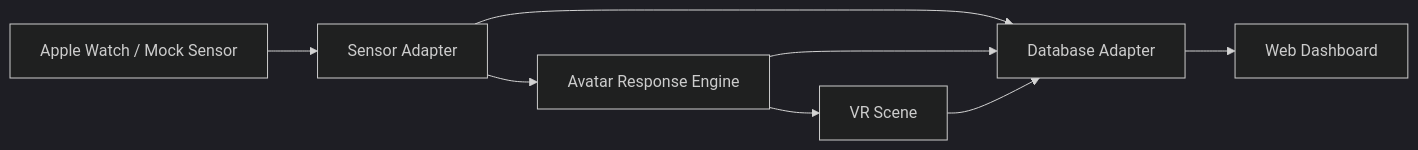
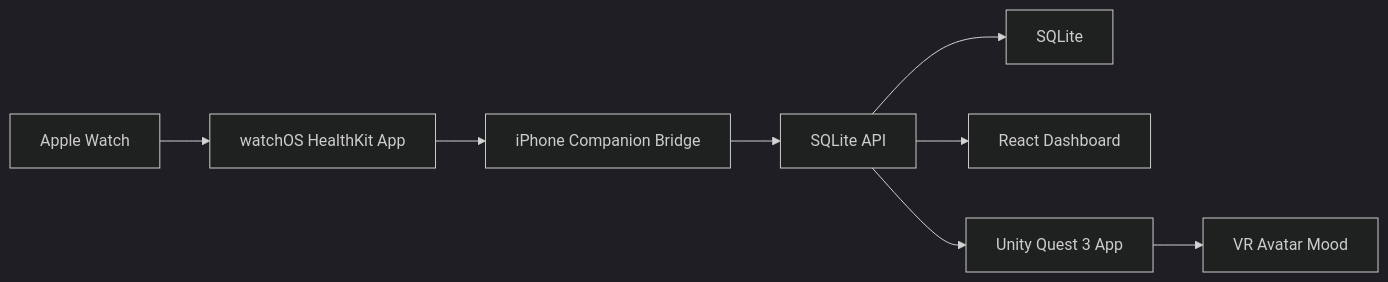
The diagram in README.md (mjj5444845/vr-avatar-heartwatch-demo), drawn with Mermaid (dark theme) before and after one commit. The commit also changed other lines of this file and 34 other files, not shown here.

Commit message:
Upgrade demo template for React Unity SQLite and Apple Watch

````diff
--- a/README.md
+++ b/README.md
@@ -59,10 +14,10 @@
 ```mermaid
 flowchart LR
-  Watch["Apple Watch / Mock Sensor"] --> Sensor["Sensor Adapter"]
-  Sensor --> Store["Database Adapter"]
-  Sensor --> Avatar["Avatar Response Engine"]
-  Avatar --> VR["VR Scene"]
-  Store --> Dashboard["Web Dashboard"]
-  Avatar --> Store
-  VR --> Store
+  Watch["Apple Watch"] --> WatchOS["watchOS HealthKit App"]
+  WatchOS --> iPhone["iPhone Companion Bridge"]
+  iPhone --> API["SQLite API"]
+  API --> DB["SQLite"]
+  API --> Dashboard["React Dashboard"]
+  API --> Unity["Unity Quest 3 App"]
+  Unity --> Avatar["VR Avatar Mood"]
 ```
````
